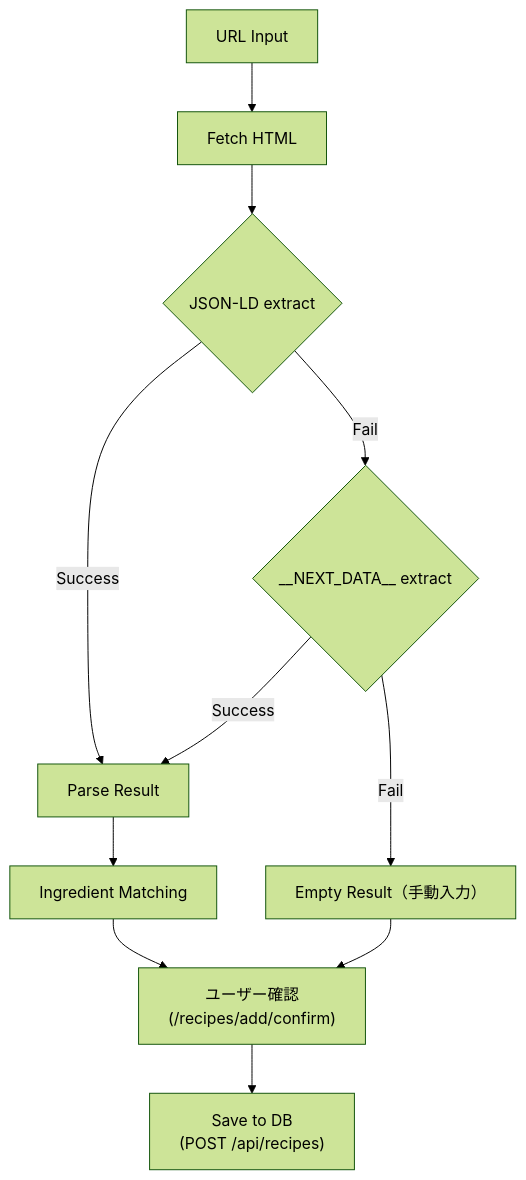
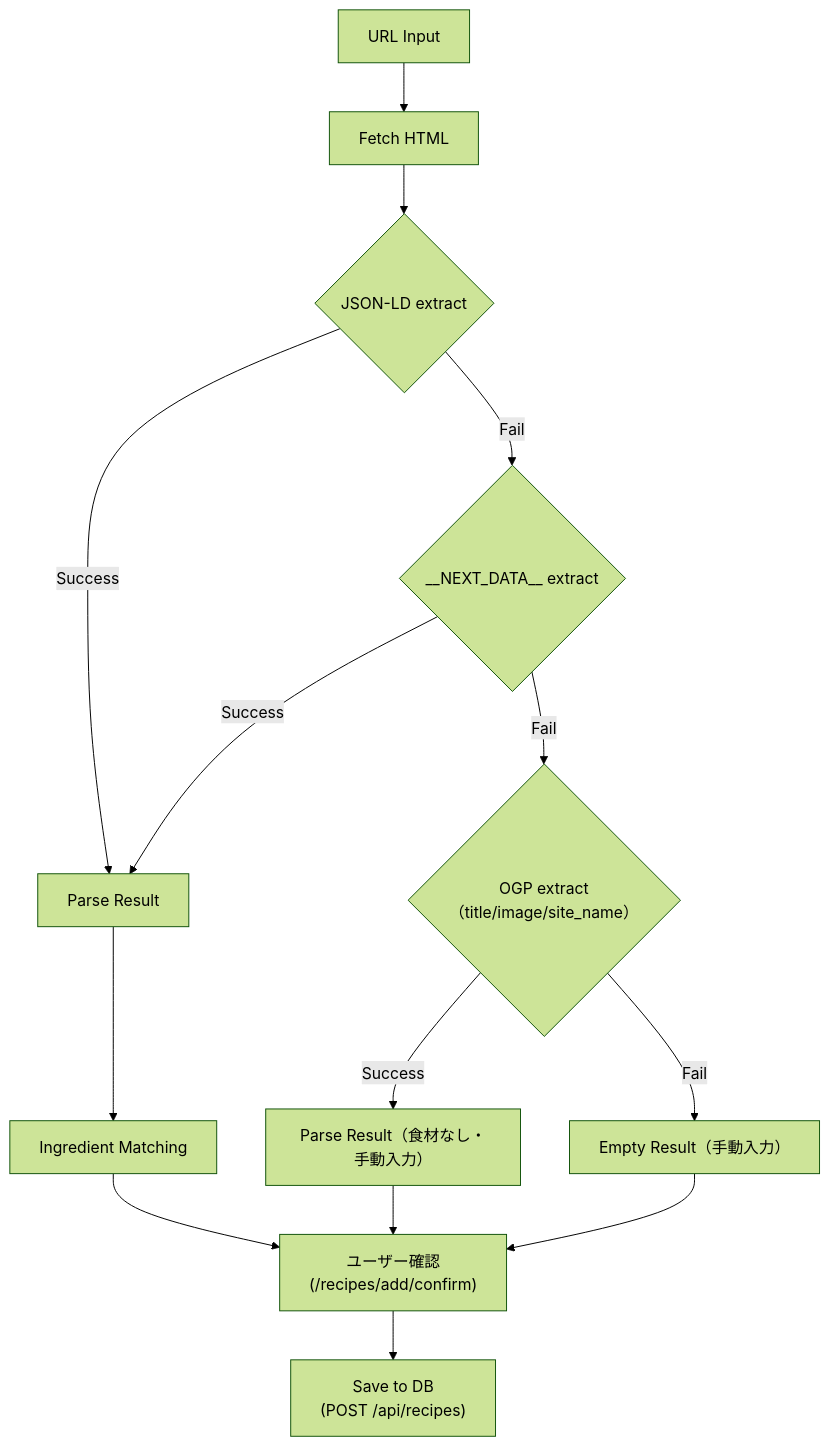
Before and after one commit to mktu/recipe-app: the ninth of 11 diagrams in docs/ARCHITECTURE.md, drawn with Mermaid (forest theme). The commit also changed other lines of this file and 3 other files, not shown here.

````diff
--- a/docs/ARCHITECTURE.md
+++ b/docs/ARCHITECTURE.md
@@ -461,16 +461,20 @@
 ```mermaid
 graph TB
     Start["URL Input"] --> Fetch["Fetch HTML"]
 
     Fetch --> Strategy1{"JSON-LD extract"}
     Strategy1 -->|Success| Result["Parse Result"]
     Strategy1 -->|Fail| Strategy2{"__NEXT_DATA__ extract"}
 
     Strategy2 -->|Success| Result
-    Strategy2 -->|Fail| Empty["Empty Result（手動入力）"]
+    Strategy2 -->|Fail| Strategy3{"OGP extract（title/image/site_name）"}
+
+    Strategy3 -->|Success| OgpResult["Parse Result（食材なし・手動入力）"]
+    Strategy3 -->|Fail| Empty["Empty Result（手動入力）"]
 
     Result --> Match["Ingredient Matching"]
+    OgpResult --> Confirm
     Empty --> Confirm
     Match --> Confirm["ユーザー確認\n(/recipes/add/confirm)"]
     Confirm --> Save["Save to DB\n(POST /api/recipes)"]
 ```
````
